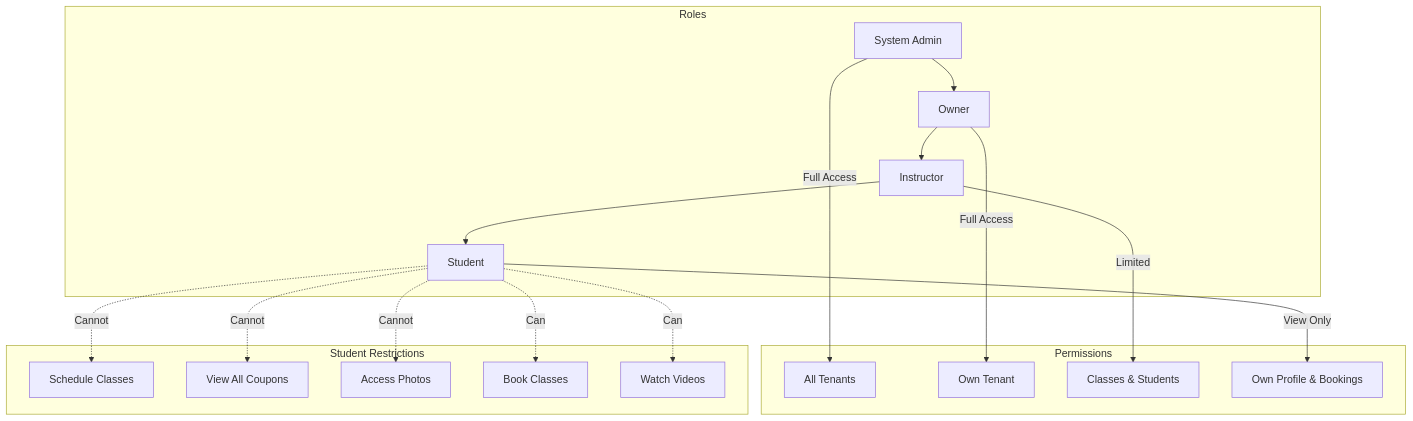
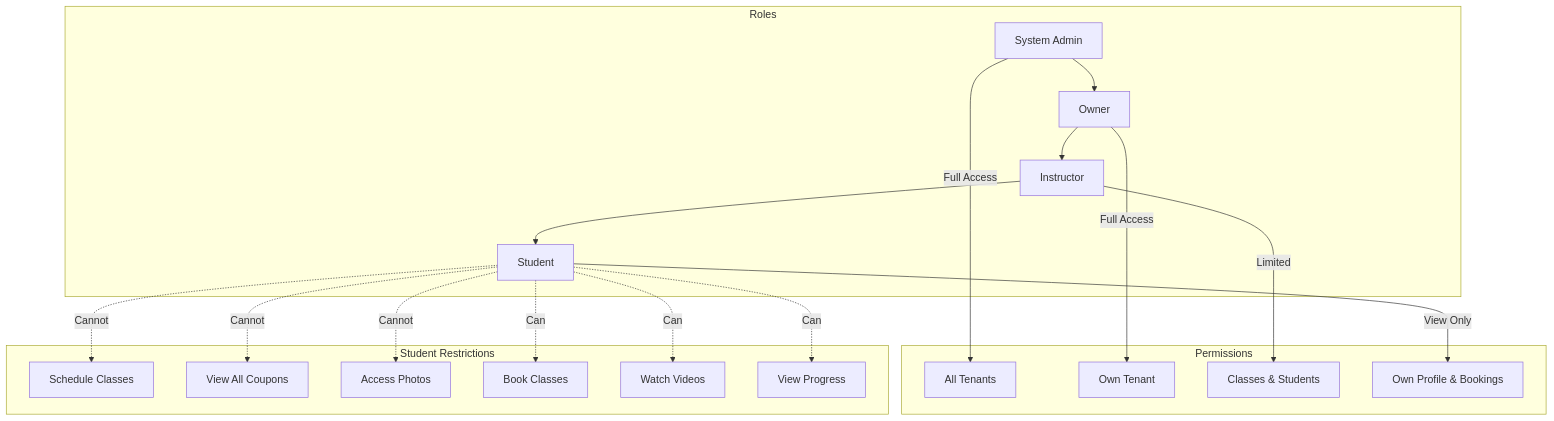
The third of 5 diagrams in docs/architecture.md (slichti/studio-platform-dev), drawn with Mermaid before and after one commit. The commit also changed other lines of this file and 3 other files, not shown here.

Commit message:
docs(progress): Update architecture, schema, and system overview for Advanced Progress Tracking feature

````diff
--- a/docs/architecture.md
+++ b/docs/architecture.md
@@ -83,24 +83,25 @@
 ```mermaid
 flowchart TD
     subgraph "Roles"
         SYS[System Admin] --> OWN[Owner]
         OWN --> INST[Instructor]
         INST --> STU[Student]
     end
 
     subgraph "Permissions"
         SYS -->|Full Access| ALL[All Tenants]
         OWN -->|Full Access| TENT[Own Tenant]
         INST -->|Limited| CLAS[Classes & Students]
         STU -->|View Only| SELF[Own Profile & Bookings]
     end
 
     subgraph "Student Restrictions"
         STU -.->|Cannot| SCHED[Schedule Classes]
         STU -.->|Cannot| COUPONS[View All Coupons]
         STU -.->|Cannot| PHOTOS[Access Photos]
         STU -.->|Can| BOOK[Book Classes]
         STU -.->|Can| VIDEOS[Watch Videos]
+        STU -.->|Can| PROGRESS[View Progress]
     end
 
 ```
````
